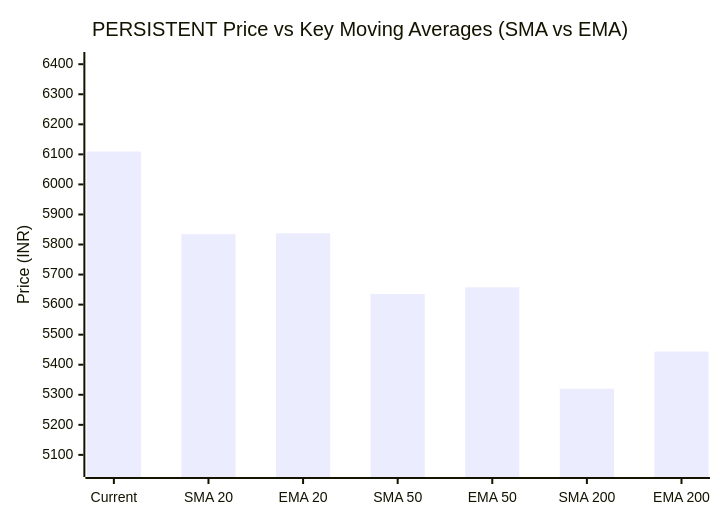
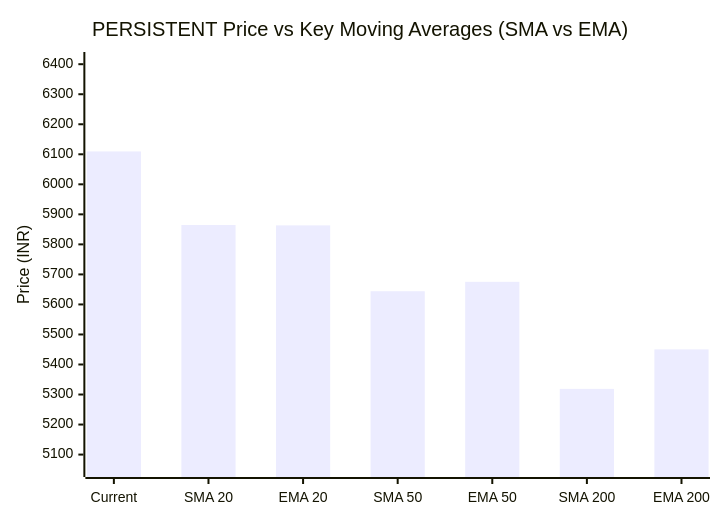
The third of 3 diagrams in market-intelligence/stocks/PERSISTENT/latest.md (purnareddy9/dev), drawn with Mermaid before and after one commit. The commit also changed other lines of this file and 3 other files, not shown here.

````diff
--- a/market-intelligence/stocks/PERSISTENT/latest.md
+++ b/market-intelligence/stocks/PERSISTENT/latest.md
@@ -74,7 +74,7 @@
 ```mermaid
 xychart-beta
     title "PERSISTENT Price vs Key Moving Averages (SMA vs EMA)"
     x-axis ["Current", "SMA 20", "EMA 20", "SMA 50", "EMA 50", "SMA 200", "EMA 200"]
-    y-axis "Price (INR)" 5053 --> 6414
-    bar [6109.5, 5834.35, 5837.29, 5635.65, 5657.63, 5319.97, 5443.67]
+    y-axis "Price (INR)" 5052 --> 6414
+    bar [6109.5, 5864.48, 5863.21, 5643.96, 5675.35, 5318.73, 5450.29]
 ```
````
